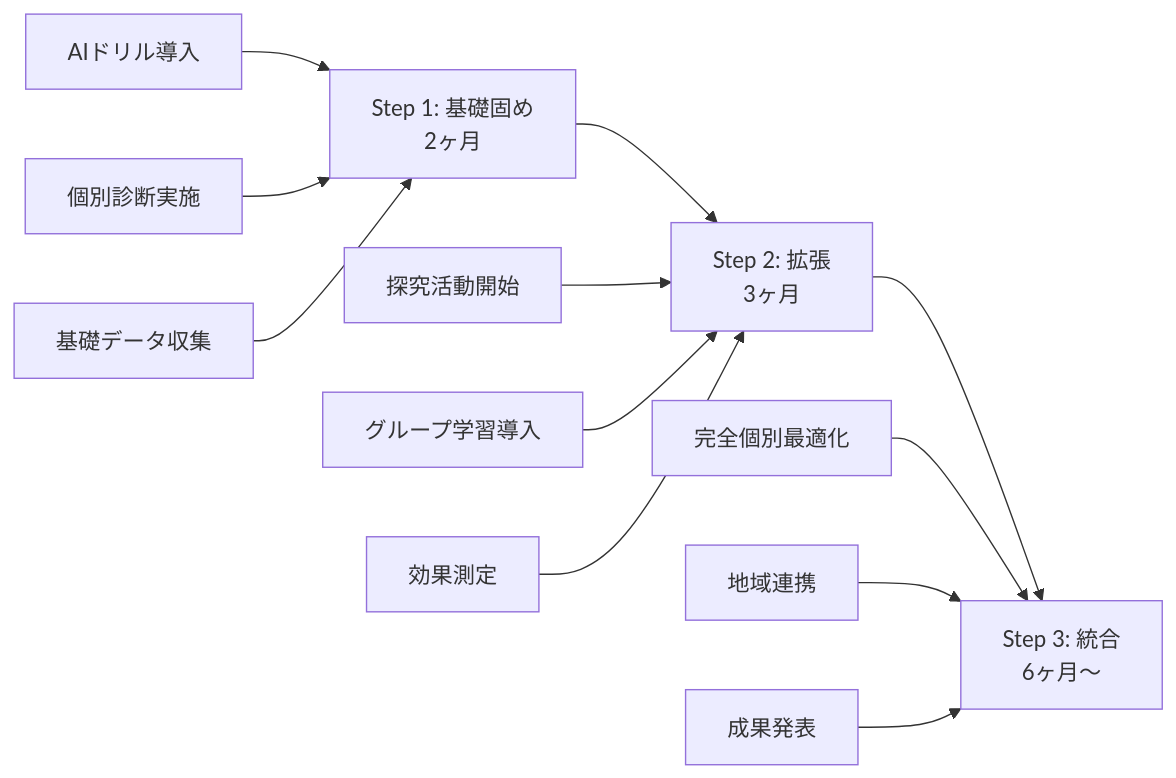
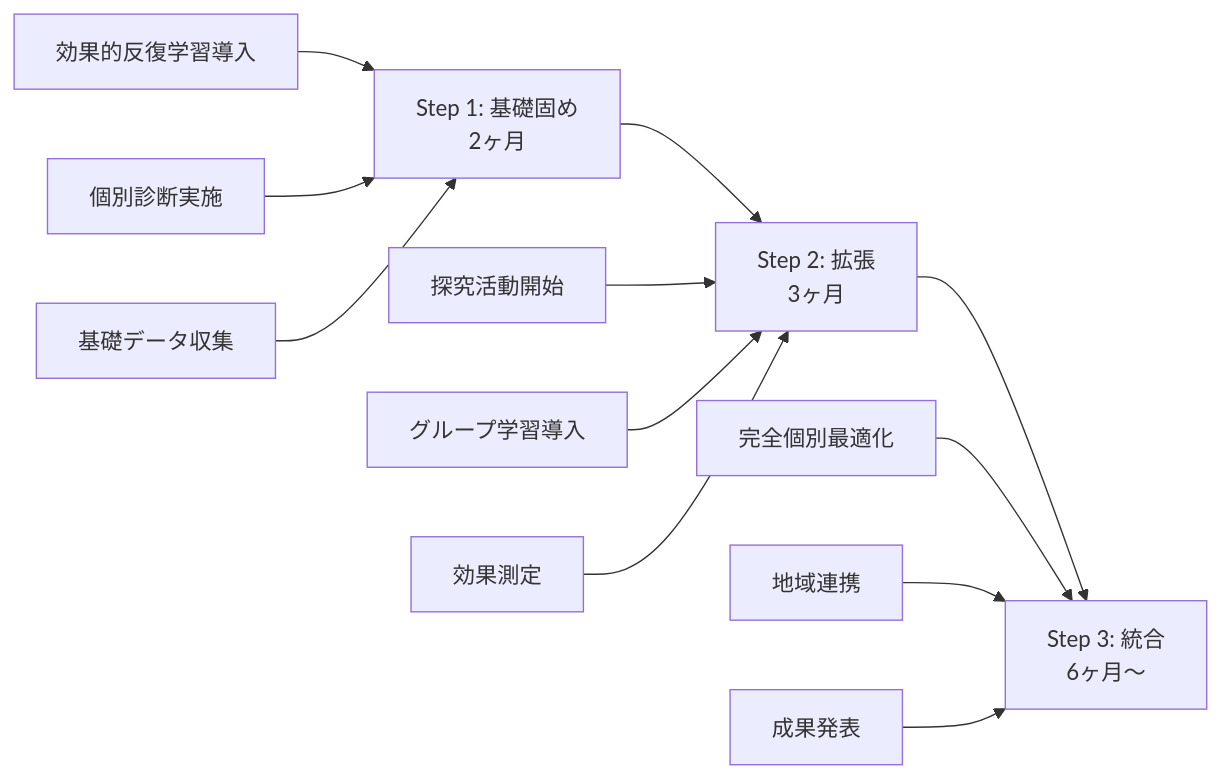
Before and after one commit to NPO-OpenCoralNetwork/e-school: the second of 3 diagrams in docs/PROJECT_BACKGROUND.md, drawn with Mermaid. The commit also changed other lines of this file and 5 other files, not shown here.

````diff
--- a/docs/PROJECT_BACKGROUND.md
+++ b/docs/PROJECT_BACKGROUND.md
@@ -180,16 +202,16 @@
 ```mermaid
 graph LR
     A[Step 1: 基礎固め<br>2ヶ月] --> B[Step 2: 拡張<br>3ヶ月] --> C[Step 3: 統合<br>6ヶ月〜]
     
-    A1[AIドリル導入] --> A
+    A1[効果的反復学習導入] --> A
     A2[個別診断実施] --> A
     A3[基礎データ収集] --> A
     
     B1[探究活動開始] --> B
     B2[グループ学習導入] --> B
     B3[効果測定] --> B
     
     C1[完全個別最適化] --> C
     C2[地域連携] --> C
     C3[成果発表] --> C
 ```
````
